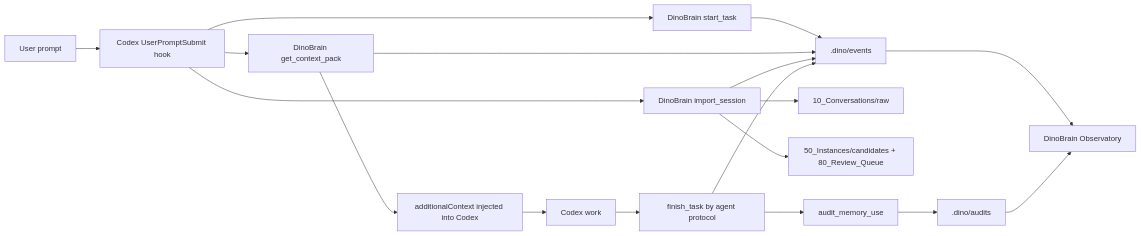
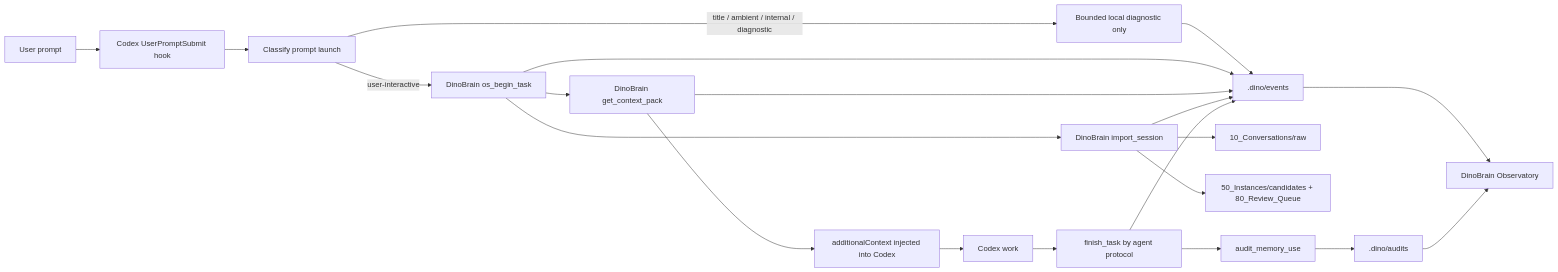
Before and after one commit to clockmansy/dinobrain: the diagram in docs/CODEX_HOOKS.md, drawn with Mermaid. The commit also changed other lines of this file and 43 other files, not shown here.

Commit message:
feat: harden status generations and prompt task ownership

````diff
--- a/docs/CODEX_HOOKS.md
+++ b/docs/CODEX_HOOKS.md
@@ -12,20 +12,23 @@
 ```mermaid
 flowchart LR
   user["User prompt"] --> hook["Codex UserPromptSubmit hook"]
-  hook --> start["DinoBrain start_task"]
-  hook --> pack["DinoBrain get_context_pack"]
-  hook --> ingest["DinoBrain import_session"]
+  hook --> classify["Classify prompt launch"]
+  classify -->|user-interactive| start["DinoBrain os_begin_task"]
+  classify -->|title / ambient / internal / diagnostic| filtered["Bounded local diagnostic only"]
+  start --> pack["DinoBrain get_context_pack"]
+  start --> ingest["DinoBrain import_session"]
+  filtered --> events
   start --> events[".dino/events"]
   pack --> events
   ingest --> raw["10_Conversations/raw"]
   ingest --> review["50_Instances/candidates + 80_Review_Queue"]
   ingest --> events
   pack --> injected["additionalContext injected into Codex"]
   events --> observatory["DinoBrain Observatory"]
   finish --> audit["audit_memory_use"]
   audit --> audits[".dino/audits"]
   audits --> observatory
   injected --> agent["Codex work"]
   agent --> finish["finish_task by agent protocol"]
   finish --> events
 ```
````
